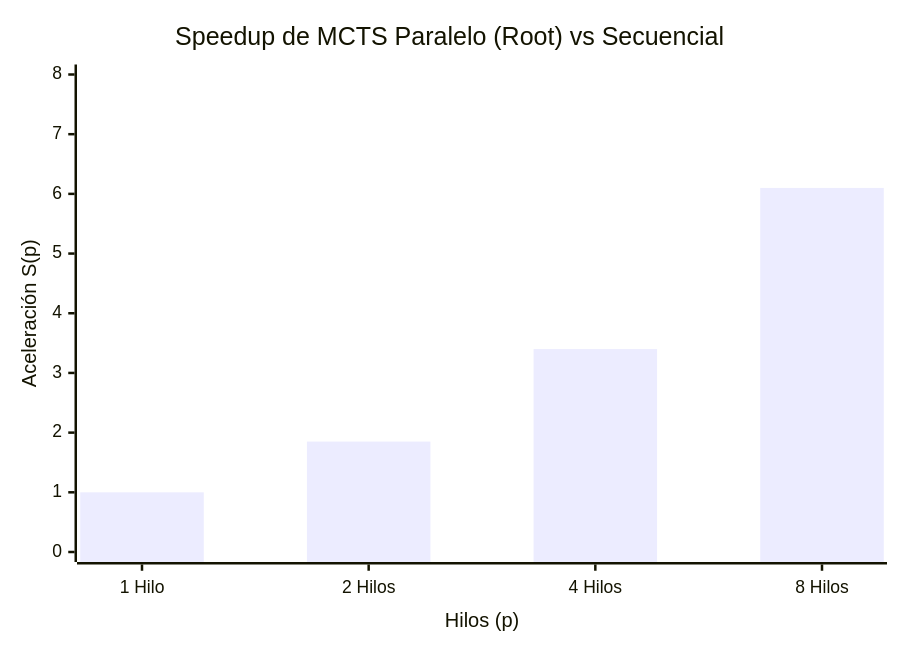
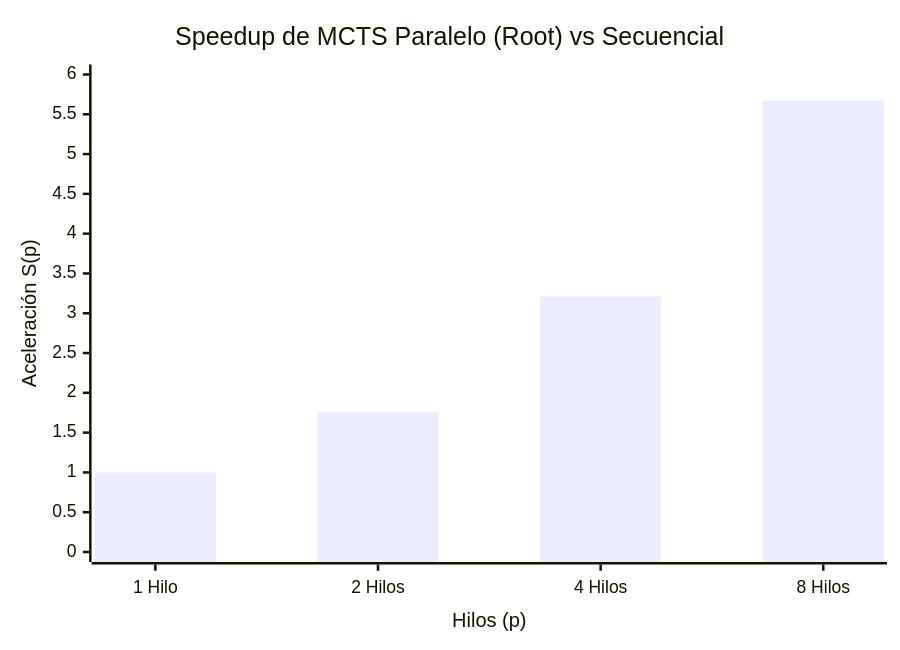
One commit to JuanDavidTurriago/Juego-Mancala-con-IA-y-paralelizacion changed the diagram in docs/03-paralelizacion.md. Above: the diagram before and after it, drawn with Mermaid. The commit also changed other lines of this file and 5 other files, not shown here.

````diff
--- a/docs/03-paralelizacion.md
+++ b/docs/03-paralelizacion.md
@@ -35,7 +41,7 @@
 ```mermaid
 xychart-beta
     title "Speedup de MCTS Paralelo (Root) vs Secuencial"
     x-axis "Hilos (p)" ["1 Hilo", "2 Hilos", "4 Hilos", "8 Hilos"]
-    y-axis "Aceleración S(p)" 0.0 --> 8.0
-    bar [1.0, 1.85, 3.40, 6.10]
+    y-axis "Aceleración S(p)" 0.0 --> 6.0
+    bar [1.0, 1.76, 3.21, 5.67]
 ```
````
